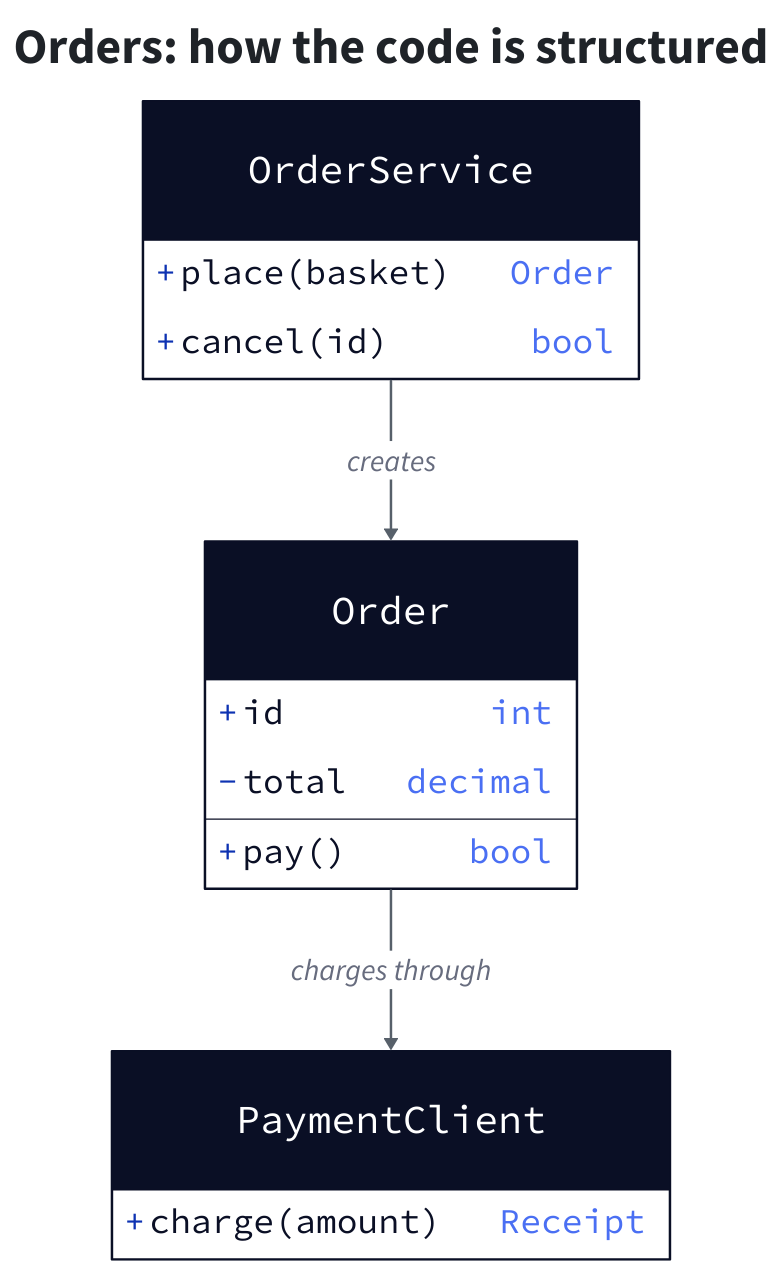
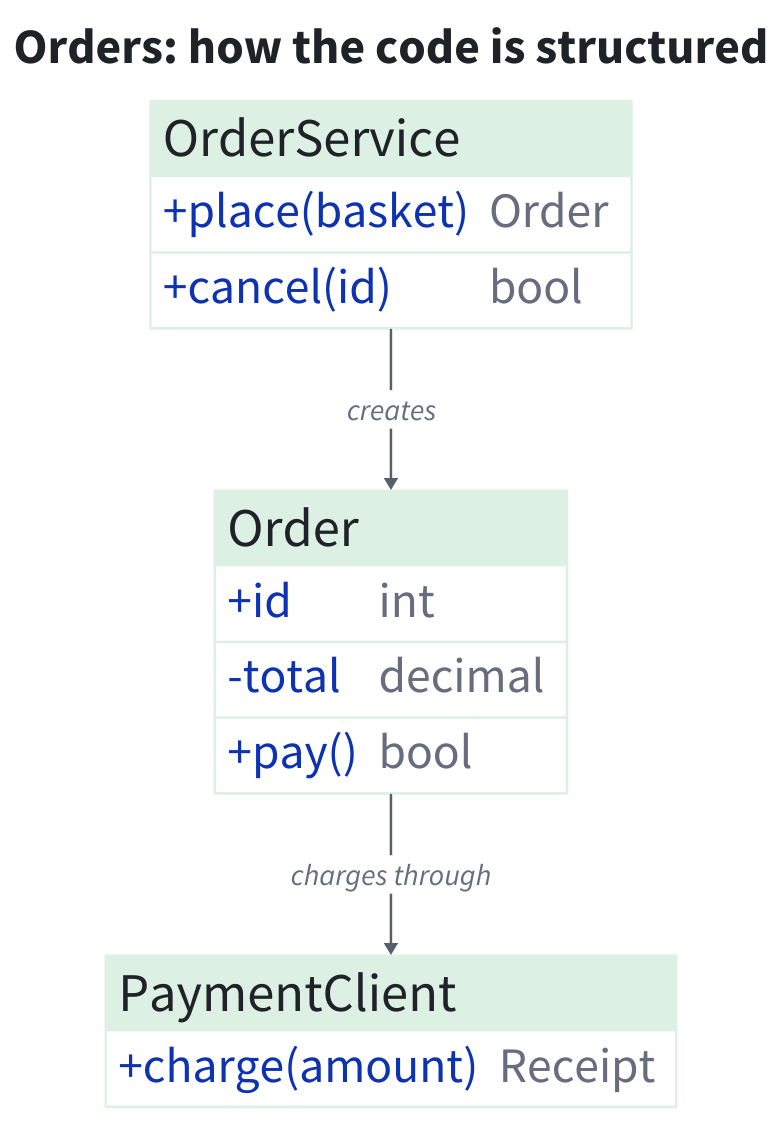
Before and after one commit to asabirov/diagrams-skill: the diagram in checks/classes.d2, drawn with D2. The commit also changed 5 other files, not shown here.

First line of the commit message:
Move the diagram examples to their own page

```diff
--- a/checks/classes.d2
+++ b/checks/classes.d2
@@ -1,43 +1,47 @@
 # Online shop order code: the example of a code structure with classes.
 direction: down
 (** -> **)[*].style.stroke: "#57606A"
 (** <-> **)[*].style.stroke: "#57606A"
 (** -> **)[*].style.font-size: 24
 (** <-> **)[*].style.font-size: 24
-**.style.font-size: 28
 
 title: "Orders: how the code is structured" {
   near: top-center
   shape: text
   style: {font-size: 40; bold: true; font-color: "#1F2328"}
 }
 
 classes: {
   # outside: people, browsers and other companies' systems
   outside: {style: {fill: "#ECEAE4"; stroke: "#6B675F"; font-color: "#1F2328"}}
   # way in: what first receives a request, such as a web app, API or queue
   way-in: {style: {fill: "#DCEAF7"; stroke: "#2F6596"; font-color: "#1F2328"}}
   # core: the services and jobs that do the work
   core: {style: {fill: "#DDF0E4"; stroke: "#2E7350"; font-color: "#1F2328"}}
   # records: databases, files and other stored data
   records: {style: {fill: "#F8EBCB"; stroke: "#8F6A12"; font-color: "#1F2328"}}
+  # code: a class drawn as a table, with larger text because the header is one row high
+  code: {style: {fill: "#DDF0E4"; stroke: "#FFFFFF"; font-color: "#1F2328"; font-size: 40}}
 }
 
 OrderService: {
-  shape: class
-  +place(basket): Order
-  +cancel(id): bool
+  shape: sql_table
+  class: code
+  "+place(basket)": Order
+  "+cancel(id)": bool
 }
 Order: {
-  shape: class
-  +id: int
-  -total: decimal
-  +pay(): bool
+  shape: sql_table
+  class: code
+  "+id": int
+  "-total": decimal
+  "+pay()": bool
 }
 PaymentClient: {
-  shape: class
-  +charge(amount): Receipt
+  shape: sql_table
+  class: code
+  "+charge(amount)": Receipt
 }
 
 OrderService -> Order: creates
 Order -> PaymentClient: charges through
```
